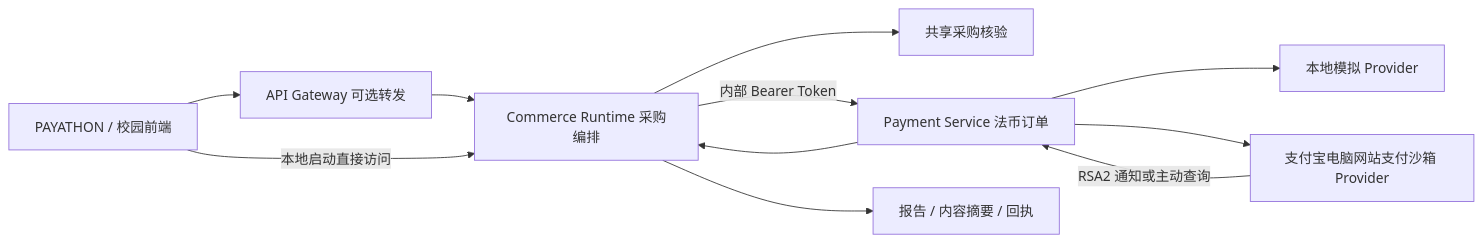
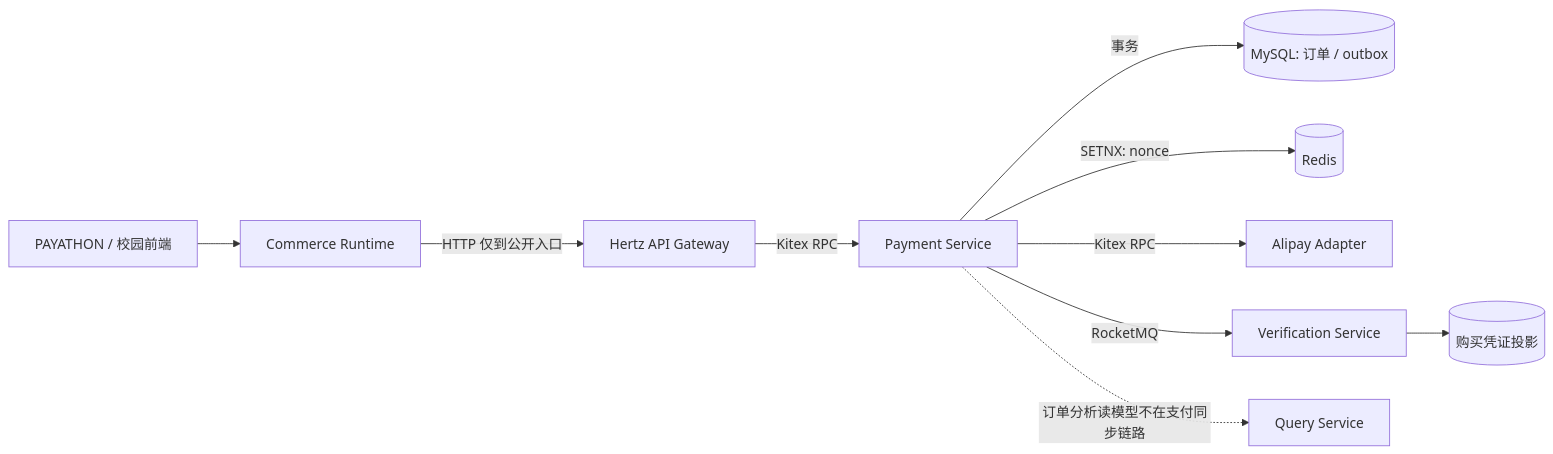
The diagram in docs/competitions/SHARED-MVP.md (Bubblevan/Stablepay), drawn with Mermaid before and after one commit. The commit also changed other lines of this file and 97 other files, not shown here.

````diff
--- a/docs/competitions/SHARED-MVP.md
+++ b/docs/competitions/SHARED-MVP.md
@@ -7,13 +7,12 @@
 ```mermaid
 flowchart LR
-    Web[PAYATHON / 校园前端] --> Gateway[API Gateway 可选转发]
-    Gateway --> Runtime[Commerce Runtime 采购编排]
-    Web -->|本地启动直接访问| Runtime
-    Runtime --> Guard[共享采购核验]
-    Runtime -->|内部 Bearer Token| Payment[Payment Service 法币订单]
-    Payment --> Local[本地模拟 Provider]
-    Payment --> Alipay[支付宝电脑网站支付沙箱 Provider]
-    Alipay -->|RSA2 通知或主动查询| Payment
-    Payment --> Runtime
-    Runtime --> Artifact[报告 / 内容摘要 / 回执]
+    Web[PAYATHON / 校园前端] --> Runtime[Commerce Runtime]
+    Runtime -->|HTTP 仅到公开入口| Gateway[Hertz API Gateway]
+    Gateway -->|Kitex RPC| Payment[Payment Service]
+    Payment -->|事务| MySQL[(MySQL: 订单 / outbox)]
+    Payment -->|SETNX: nonce| Redis[(Redis)]
+    Payment -->|Kitex RPC| Alipay[Alipay Adapter]
+    Payment -->|RocketMQ| Verify[Verification Service]
+    Verify --> VerifyDB[(购买凭证投影)]
+    Payment -.->|订单分析读模型不在支付同步链路| Query[Query Service]
 ```
````
